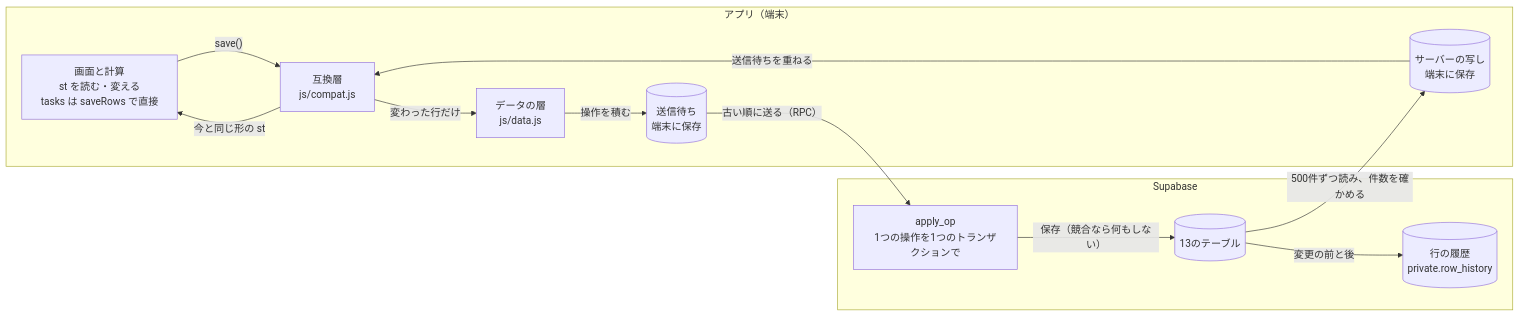
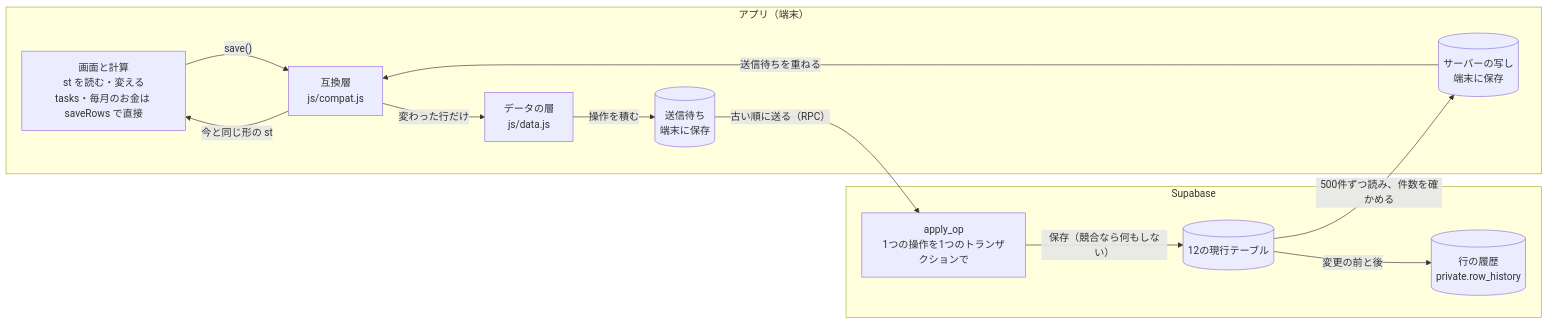
One commit to Keitaro0510/maney-app changed the second of 2 diagrams in docs/db/SCHEMA.md. Above: the diagram before and after it, drawn with Mermaid. The commit also changed other lines of this file and 17 other files, not shown here.

````diff
--- a/docs/db/SCHEMA.md
+++ b/docs/db/SCHEMA.md
@@ -162,24 +158,24 @@
 ```mermaid
 flowchart LR
   subgraph app["アプリ（端末）"]
-    UI["画面と計算<br>st を読む・変える<br>tasks は saveRows で直接"]
+    UI["画面と計算<br>st を読む・変える<br>tasks・毎月のお金は saveRows で直接"]
     C["互換層<br>js/compat.js"]
     D["データの層<br>js/data.js"]
     Q[("送信待ち<br>端末に保存")]
     S[("サーバーの写し<br>端末に保存")]
   end
   subgraph db["Supabase"]
     A["apply_op<br>1つの操作を1つのトランザクションで"]
-    T[("13のテーブル")]
+    T[("12の現行テーブル")]
     H[("行の履歴<br>private.row_history")]
   end
   UI -- "save()" --> C
   C -- "変わった行だけ" --> D
   D -- "操作を積む" --> Q
   Q -- "古い順に送る（RPC）" --> A
   A -- "保存（競合なら何もしない）" --> T
   T -- "変更の前と後" --> H
   T -- "500件ずつ読み、件数を確かめる" --> S
   S -- "送信待ちを重ねる" --> C
   C -- "今と同じ形の st" --> UI
 ```
````
